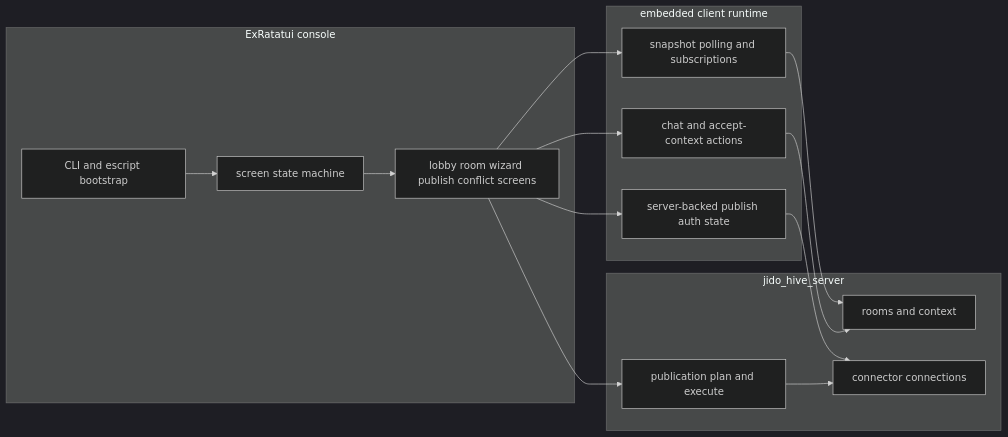
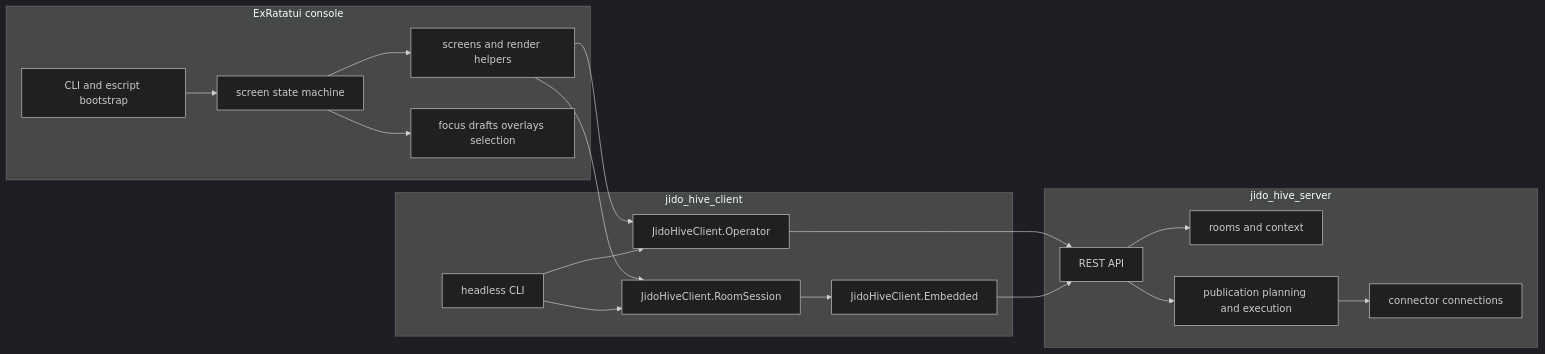
The diagram in examples/jido_hive_termui_console/README.md (nshkrdotcom/jido_hive), drawn with Mermaid (dark theme) before and after one commit. The commit also changed other lines of this file and 33 other files, not shown here.

First line of the commit message:
Refactor console onto headless client operator APIs

````diff
--- a/examples/jido_hive_termui_console/README.md
+++ b/examples/jido_hive_termui_console/README.md
@@ -324,31 +426,37 @@
 ```mermaid
 flowchart LR
     subgraph Console[ExRatatui console]
       CLI[CLI and escript bootstrap]
       App[screen state machine]
-      Screens[lobby room wizard publish conflict screens]
+      Screens[screens and render helpers]
+      UIState[focus drafts overlays selection]
     end
 
-    subgraph Client[embedded client runtime]
-      Snapshots[snapshot polling and subscriptions]
-      Chat[chat and accept-context actions]
-      Auth[server-backed publish auth state]
+    subgraph Client[jido_hive_client]
+      Operator[JidoHiveClient.Operator]
+      Session[JidoHiveClient.RoomSession]
+      Embedded[JidoHiveClient.Embedded]
+      Headless[headless CLI]
     end
 
     subgraph Server[jido_hive_server]
+      API[REST API]
       Rooms[rooms and context]
-      Publish[publication plan and execute]
+      Publish[publication planning and execution]
       Connectors[connector connections]
     end
 
     CLI --> App
     App --> Screens
-    Screens --> Snapshots
-    Screens --> Chat
-    Screens --> Auth
-    Snapshots --> Rooms
-    Chat --> Rooms
-    Auth --> Connectors
-    Screens --> Publish
+    App --> UIState
+    Screens --> Operator
+    Screens --> Session
+    Headless --> Operator
+    Headless --> Session
+    Session --> Embedded
+    Operator --> API
+    Embedded --> API
+    API --> Rooms
+    API --> Publish
     Publish --> Connectors
 ```
````
